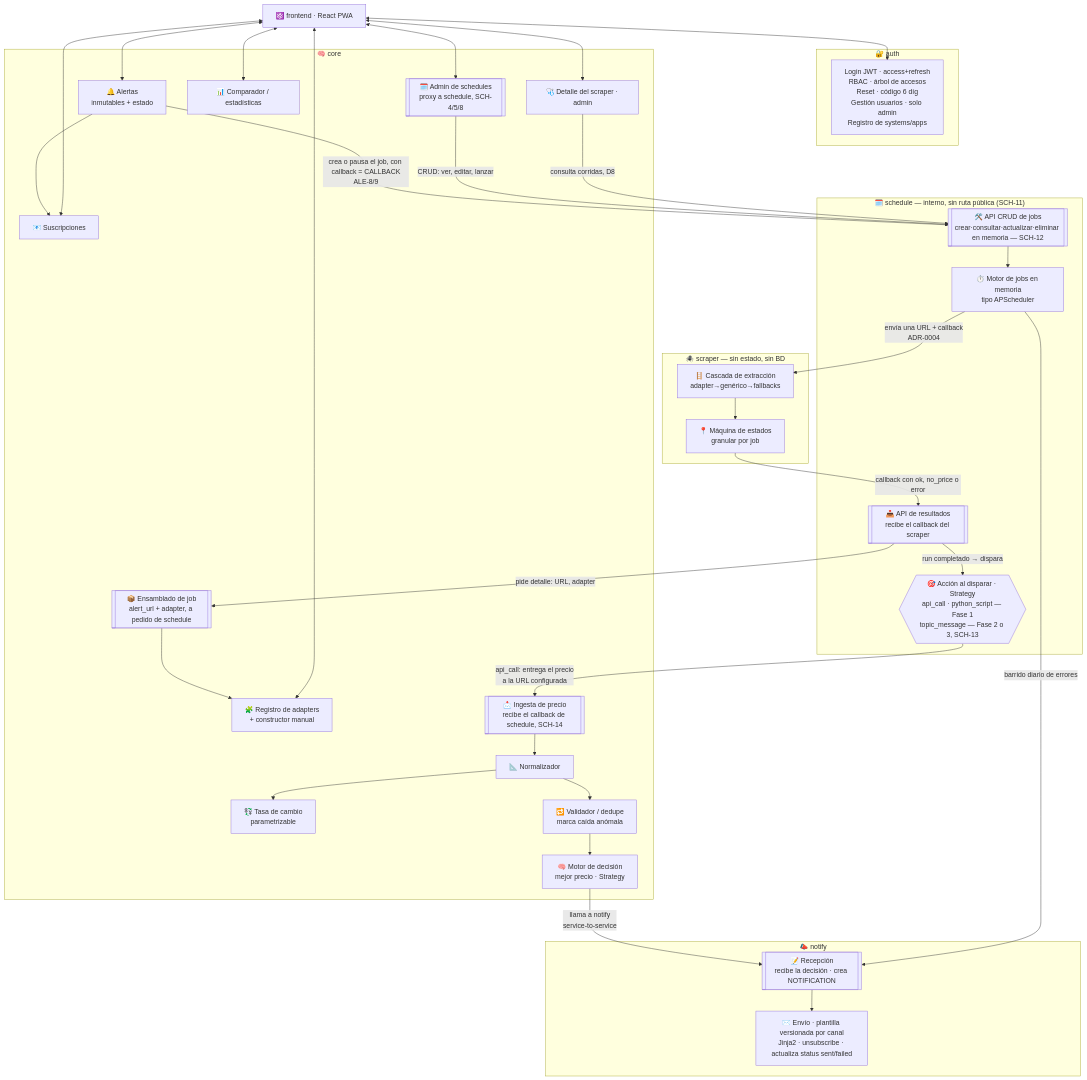
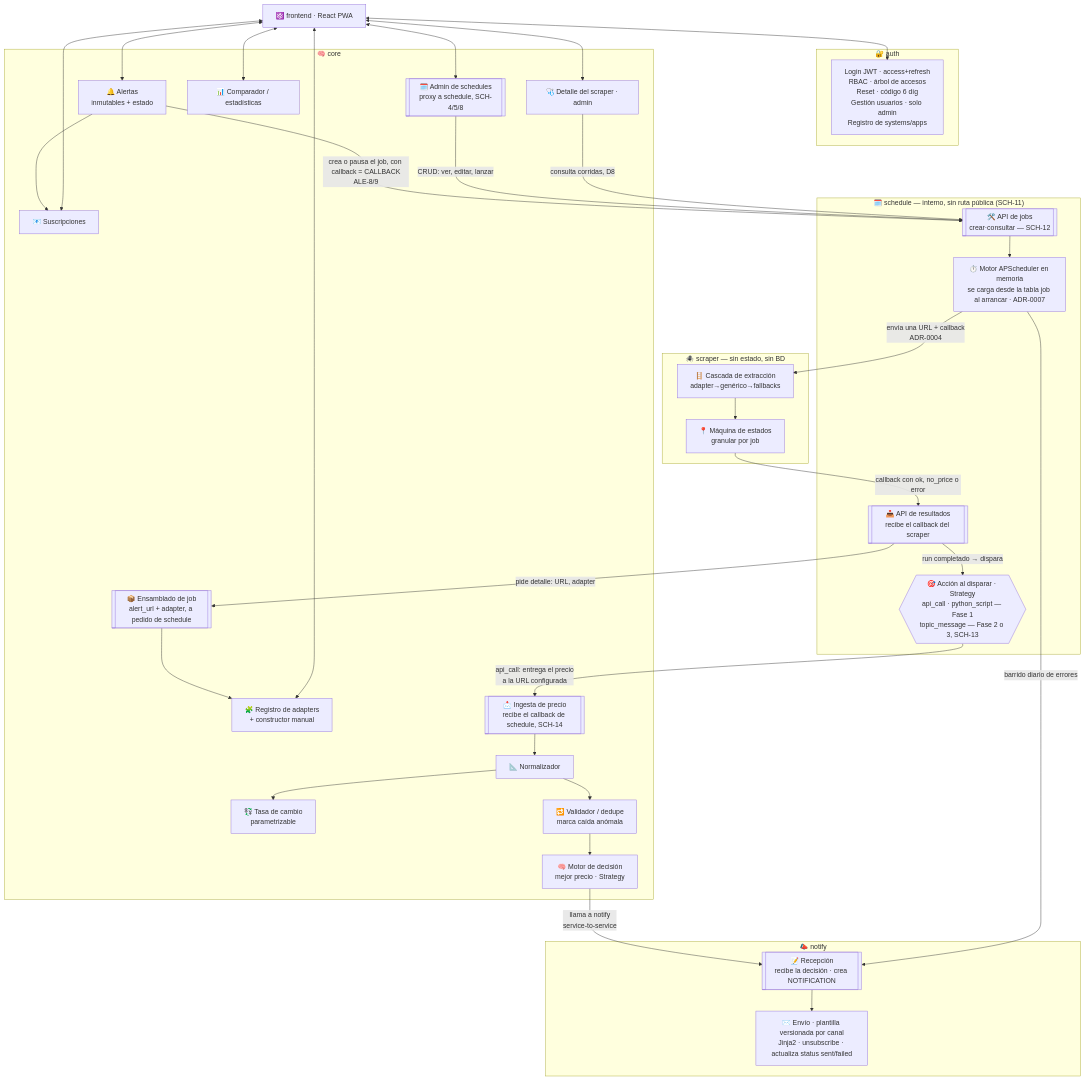
One commit to vida-I-found-it/architecture changed the third of 6 diagrams in docs/architecture/general-architecture.md. Above: the diagram before and after it, drawn with Mermaid. The commit also changed 7 other files, not shown here.

First line of the commit message:
docs(architecture): 🏗️ fire schedule jobs with an in-memory APScheduler loaded from PostgreSQL (ADR-0007, CU-03)

````diff
--- a/docs/architecture/general-architecture.md
+++ b/docs/architecture/general-architecture.md
@@ -116,67 +116,67 @@
 ```mermaid
 graph TB
     PWA["⚛️ frontend · React PWA"]
 
     subgraph SVC_AUTH["🔐 auth"]
         AUTH["Login JWT · access+refresh<br/>RBAC · árbol de accesos<br/>Reset · código 6 díg<br/>Gestión usuarios · solo admin<br/>Registro de systems/apps"]
     end
 
     subgraph SVC_CORE["🧠 core"]
         ALERT["🔔 Alertas<br/>inmutables + estado"]
         SUBS["📧 Suscripciones"]
         ADAPT["🧩 Registro de adapters<br/>+ constructor manual"]
         SCHEDPROXY[["🗓️ Admin de schedules<br/>proxy a schedule, SCH-4/5/8"]]
         JOBBUILD[["📦 Ensamblado de job<br/>alert_url + adapter, a pedido de schedule"]]
         CALLBACK[["📩 Ingesta de precio<br/>recibe el callback de schedule, SCH-14"]]
         NORM["📐 Normalizador"]
         FXP["💱 Tasa de cambio<br/>parametrizable"]
         VALID["🔁 Validador / dedupe<br/>marca caída anómala"]
         DEC["🧠 Motor de decisión<br/>mejor precio · Strategy"]
         STATS["📊 Comparador / estadísticas"]
         HEALTH["🩺 Detalle del scraper · admin"]
 
         ALERT --> SUBS
         JOBBUILD --> ADAPT
         CALLBACK --> NORM --> FXP
         NORM --> VALID --> DEC
     end
 
     subgraph SVC_SCHED["🗓️ schedule — interno, sin ruta pública (SCH-11)"]
-        JOBAPI[["🛠️ API CRUD de jobs<br/>crear·consultar·actualizar·eliminar en memoria — SCH-12"]]
-        ENGINE["⏱️ Motor de jobs en memoria<br/>tipo APScheduler"]
+        JOBAPI[["🛠️ API de jobs<br/>crear·consultar — SCH-12"]]
+        ENGINE["⏱️ Motor APScheduler en memoria<br/>se carga desde la tabla job al arrancar · ADR-0007"]
         ACTION{{"🎯 Acción al disparar · Strategy<br/>api_call · python_script — Fase 1<br/>topic_message — Fase 2 o 3, SCH-13"}}
         RUNAPI[["📥 API de resultados<br/>recibe el callback del scraper"]]
 
         JOBAPI --> ENGINE
         RUNAPI -->|"run completado → dispara"| ACTION
     end
 
     subgraph SVC_NOTIFY["📣 notify"]
         INTAKE[["📝 Recepción<br/>recibe la decisión · crea NOTIFICATION"]]
         SEND["✉️ Envío · plantilla versionada por canal<br/>Jinja2 · unsubscribe · actualiza status sent/failed"]
         INTAKE --> SEND
     end
 
     subgraph SVC_SCR["🕷️ scraper — sin estado, sin BD"]
         CASC["🪜 Cascada de extracción<br/>adapter→genérico→fallbacks"]
         JOBS["📍 Máquina de estados<br/>granular por job"]
         CASC --> JOBS
     end
 
     PWA <--> AUTH
     PWA <--> ALERT
     PWA <--> SUBS
     PWA <--> SCHEDPROXY
     PWA <--> ADAPT
     PWA <--> STATS
     PWA <--> HEALTH
     ALERT -->|"crea o pausa el job, con callback = CALLBACK<br/>ALE-8/9"| JOBAPI
     SCHEDPROXY -->|"CRUD: ver, editar, lanzar"| JOBAPI
     HEALTH -->|"consulta corridas, D8"| JOBAPI
     RUNAPI -->|"pide detalle: URL, adapter"| JOBBUILD
     ENGINE -->|"envía una URL + callback<br/>ADR-0004"| CASC
     JOBS -->|"callback con ok, no_price o error"| RUNAPI
     ACTION -->|"api_call: entrega el precio<br/>a la URL configurada"| CALLBACK
     DEC -->|"llama a notify<br/>service-to-service"| INTAKE
     ENGINE -->|"barrido diario de errores"| INTAKE
 ```
````
